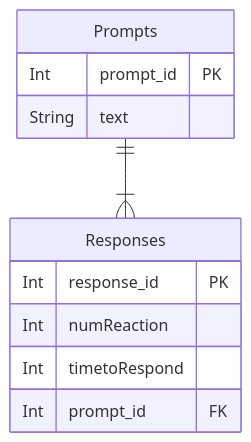
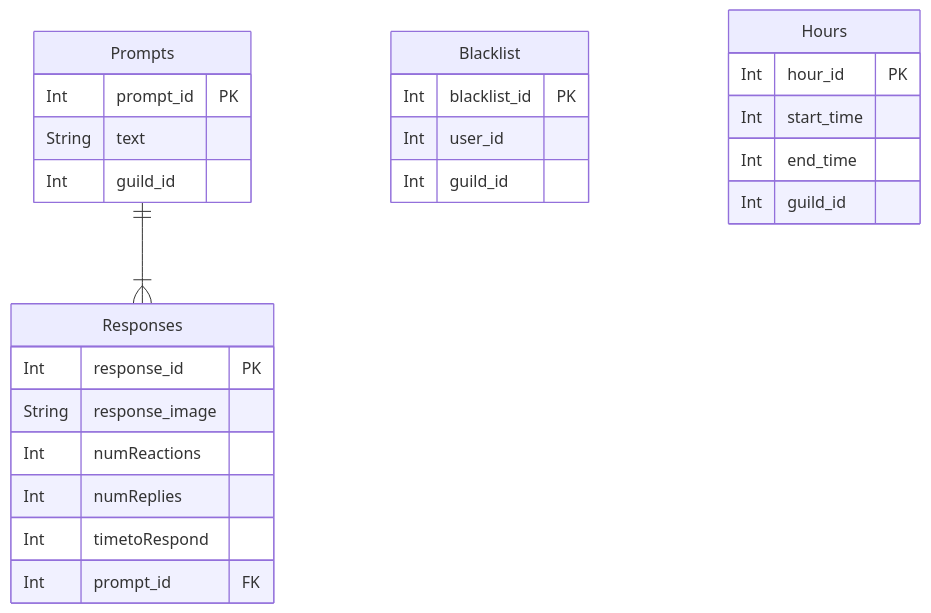
Before and after one commit to Capstone-Projects-2023-Fall/project-bereal-meets-slack: the second of 11 diagrams in documentation/docs/system-architecture/design.md, drawn with Mermaid. The commit also changed other lines of this file, not shown here.

````diff
--- a/documentation/docs/system-architecture/design.md
+++ b/documentation/docs/system-architecture/design.md
@@ -160,17 +160,33 @@
 ```mermaid
 erDiagram
 Prompts {
   Int prompt_id PK
   String text
+  Int guild_id
 }
 
 Responses {
   Int response_id PK
-  Int numReaction
+  String response_image
+  Int numReactions
+  Int numReplies
   Int timetoRespond
   Int prompt_id FK
+}
+
+Blacklist{
+  Int blacklist_id PK
+  Int user_id
+  Int guild_id
+}
+
+Hours{
+  Int hour_id PK
+  Int start_time
+  Int end_time
+  Int guild_id
 }
 
 Prompts ||--|{ Responses : ""
 
 ```
````
